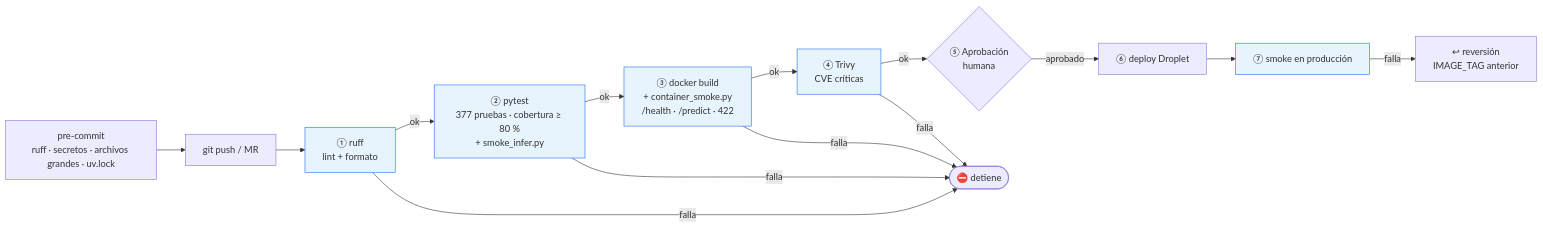
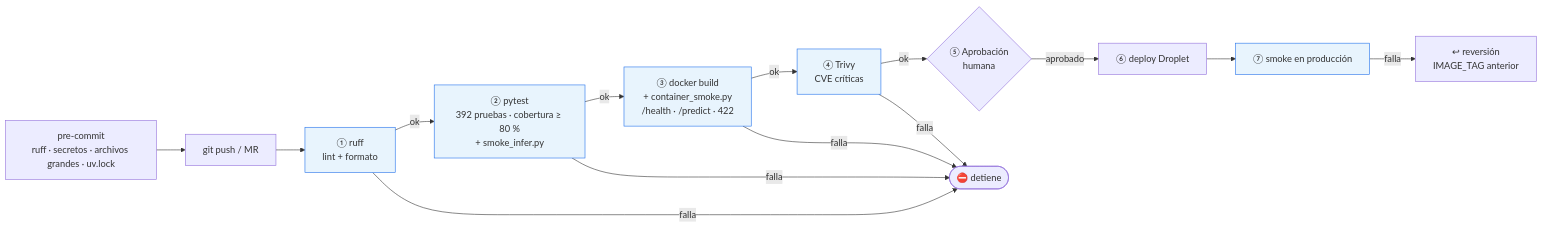
Before and after one commit to JulianReneMunoz/Neumonia: the diagram in docs/arquitectura/diagramas/08-pipeline-cicd.mmd, drawn with Mermaid. The commit also changed 21 other files, not shown here.

```diff
--- a/docs/arquitectura/diagramas/08-pipeline-cicd.mmd
+++ b/docs/arquitectura/diagramas/08-pipeline-cicd.mmd
@@ -1,17 +1,17 @@
 %% Pipeline CI/CD con compuertas de calidad
 flowchart LR
   pc["pre-commit<br/>ruff · secretos · archivos grandes · uv.lock"] --> push["git push / MR"]
   push --> l["① ruff<br/>lint + formato"]
-  l -->|ok| t["② pytest<br/>377 pruebas · cobertura ≥ 80 %<br/>+ smoke_infer.py"]
+  l -->|ok| t["② pytest<br/>392 pruebas · cobertura ≥ 80 %<br/>+ smoke_infer.py"]
   t -->|ok| b["③ docker build<br/>+ container_smoke.py<br/>/health · /predict · 422"]
   b -->|ok| s["④ Trivy<br/>CVE críticas"]
   s -->|ok| g{"⑤ Aprobación<br/>humana"}
   g -->|aprobado| d["⑥ deploy Droplet"]
   d --> v["⑦ smoke en producción"]
   l -->|falla| x(["⛔ detiene"])
   t -->|falla| x
   b -->|falla| x
   s -->|falla| x
   v -->|falla| rb["↩ reversión<br/>IMAGE_TAG anterior"]
   classDef gate fill:#e8f4fd,stroke:#1f6feb;
   class l,t,b,s,v gate;
```
